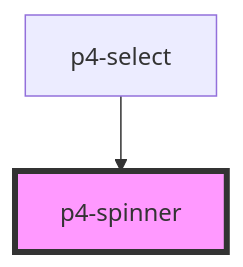
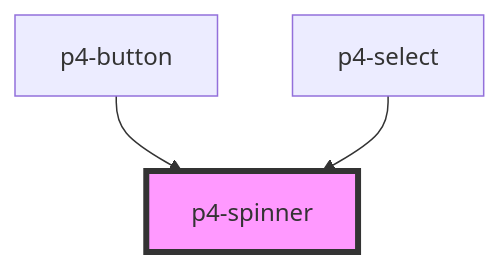
The diagram in src/components/p4-spinner/readme.md (goatui/components), drawn with Mermaid before and after one commit. The commit also changed other lines of this file and 18 other files, not shown here.

````diff
--- a/src/components/p4-spinner/readme.md
+++ b/src/components/p4-spinner/readme.md
@@ -23,5 +24,6 @@
 ```mermaid
 graph TD;
+  p4-button --> p4-spinner
   p4-select --> p4-spinner
   style p4-spinner fill:#f9f,stroke:#333,stroke-width:4px
 ```
````
